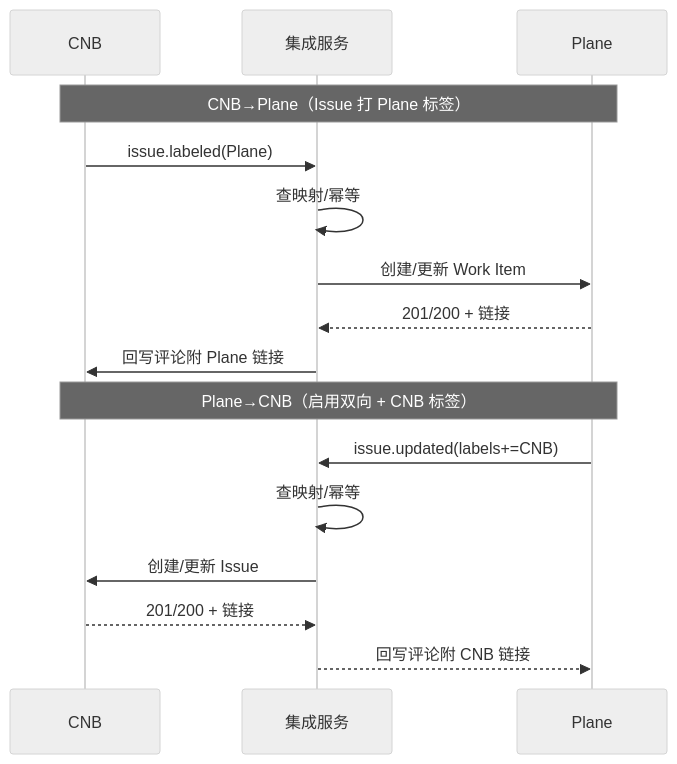
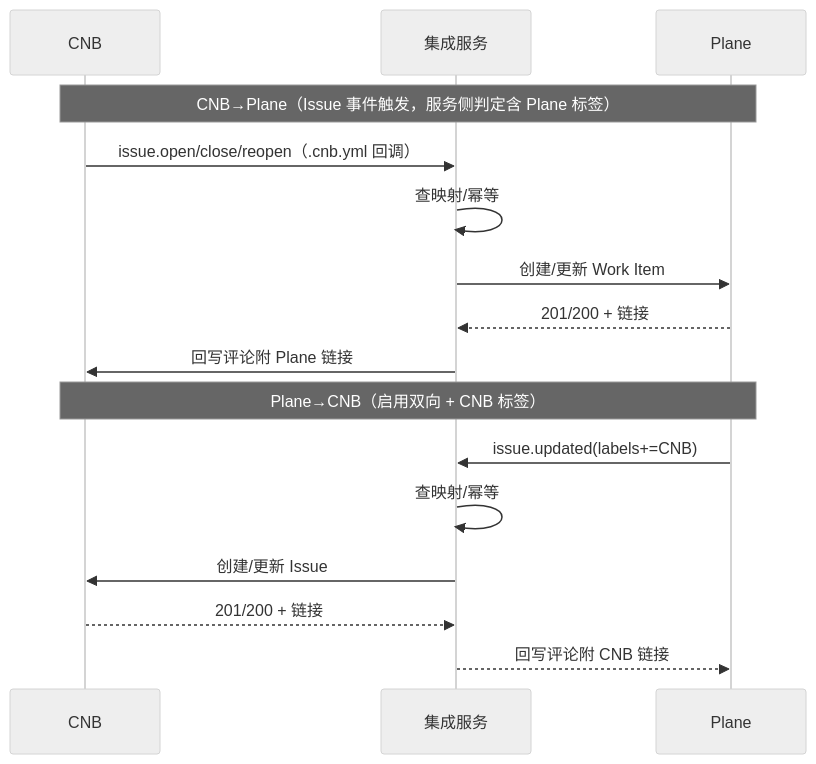
The third of 5 diagrams in design/cnb-integration.md (CheneyDev/Cabb), drawn with Mermaid (neutral theme) before and after one commit. The commit also changed other lines of this file, not shown here.

````diff
--- a/design/cnb-integration.md
+++ b/design/cnb-integration.md
@@ -145,19 +147,19 @@
 ```mermaid
 sequenceDiagram
   participant CNB as CNB
   participant SVC as 集成服务
   participant Plane as Plane
-  Note over CNB,Plane: CNB→Plane（Issue 打 Plane 标签）
-  CNB->>SVC: issue.labeled(Plane)
+  Note over CNB,Plane: CNB→Plane（Issue 事件触发，服务侧判定含 Plane 标签）
+  CNB->>SVC: issue.open/close/reopen（.cnb.yml 回调）
   SVC->>SVC: 查映射/幂等
   SVC->>Plane: 创建/更新 Work Item
   Plane-->>SVC: 201/200 + 链接
   SVC->>CNB: 回写评论附 Plane 链接
 
   Note over CNB,Plane: Plane→CNB（启用双向 + CNB 标签）
   Plane->>SVC: issue.updated(labels+=CNB)
   SVC->>SVC: 查映射/幂等
   SVC->>CNB: 创建/更新 Issue
   CNB-->>SVC: 201/200 + 链接
   SVC-->>Plane: 回写评论附 CNB 链接
 ```
````
